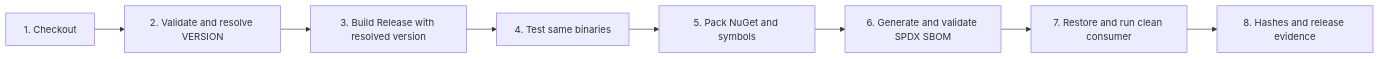
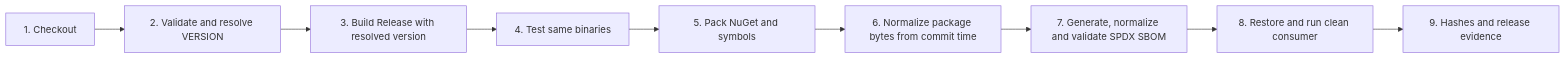
The second of 4 diagrams in docs/architecture/EAC_PIPELINE_CATALOG.md (eac-architecture/eac-pipeline-catalog), drawn with Mermaid before and after one commit. The commit also changed other lines of this file and 23 other files, not shown here.

````diff
--- a/docs/architecture/EAC_PIPELINE_CATALOG.md
+++ b/docs/architecture/EAC_PIPELINE_CATALOG.md
@@ -265,10 +265,11 @@
 ```mermaid
 flowchart LR
     CHECKOUT[1. Checkout] --> VALIDATE[2. Validate and resolve VERSION]
     VALIDATE --> BUILD[3. Build Release with resolved version]
     BUILD --> TEST[4. Test same binaries]
     TEST --> PACK[5. Pack NuGet and symbols]
-    PACK --> SBOM[6. Generate and validate SPDX SBOM]
-    SBOM --> SMOKE[7. Restore and run clean consumer]
-    SMOKE --> EVIDENCE[8. Hashes and release evidence]
+    PACK --> NORMALIZE[6. Normalize package bytes from commit time]
+    NORMALIZE --> SBOM[7. Generate, normalize and validate SPDX SBOM]
+    SBOM --> SMOKE[8. Restore and run clean consumer]
+    SMOKE --> EVIDENCE[9. Hashes and release evidence]
 ```
````
